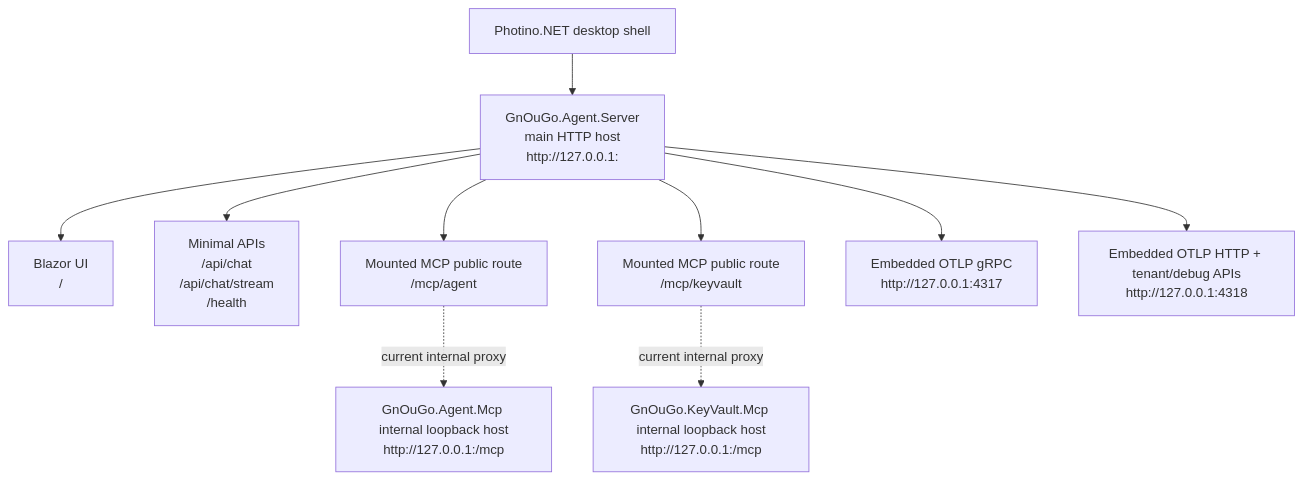
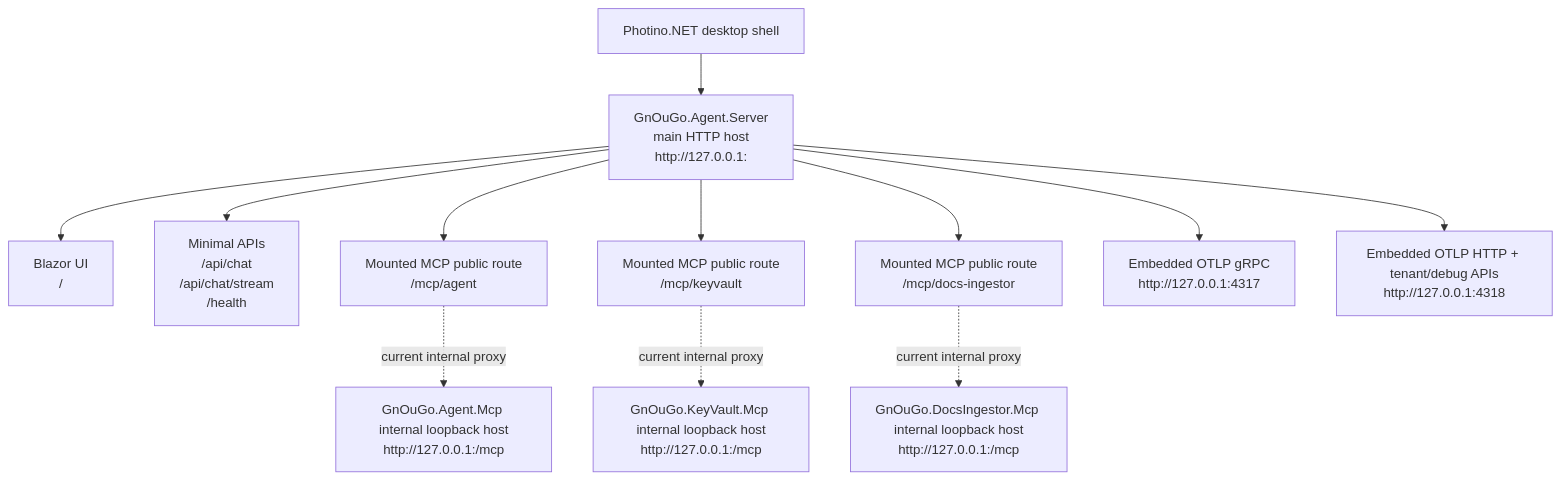
Before and after one commit to GnouGo/GnouGo: the diagram in src/GnOuGo.Agent.Server/README.md, drawn with Mermaid. The commit also changed other lines of this file and 5 other files, not shown here.

````diff
--- a/src/GnOuGo.Agent.Server/README.md
+++ b/src/GnOuGo.Agent.Server/README.md
@@ -14,15 +13,17 @@
 ```mermaid
 flowchart TD
 	Desktop[Photino.NET desktop shell] --> Main[GnOuGo.Agent.Server\nmain HTTP host\nhttp://127.0.0.1:<app-port>]
 
 	Main --> UI[Blazor UI\n/]
 	Main --> Api[Minimal APIs\n/api/chat\n/api/chat/stream\n/health]
 	Main --> AgentProxy[Mounted MCP public route\n/mcp/agent]
 	Main --> KeyVaultProxy[Mounted MCP public route\n/mcp/keyvault]
+	Main --> DocsIngestorProxy[Mounted MCP public route\n/mcp/docs-ingestor]
 
 	AgentProxy -. current internal proxy .-> AgentInternal[GnOuGo.Agent.Mcp internal loopback host\nhttp://127.0.0.1:<ephemeral-port>/mcp]
 	KeyVaultProxy -. current internal proxy .-> KeyVaultInternal[GnOuGo.KeyVault.Mcp internal loopback host\nhttp://127.0.0.1:<ephemeral-port>/mcp]
+	DocsIngestorProxy -. current internal proxy .-> DocsIngestorInternal[GnOuGo.DocsIngestor.Mcp internal loopback host\nhttp://127.0.0.1:<ephemeral-port>/mcp]
 
 	Main --> OtlpGrpc[Embedded OTLP gRPC\nhttp://127.0.0.1:4317]
 	Main --> OtlpHttp[Embedded OTLP HTTP + tenant/debug APIs\nhttp://127.0.0.1:4318]
 ```
````
